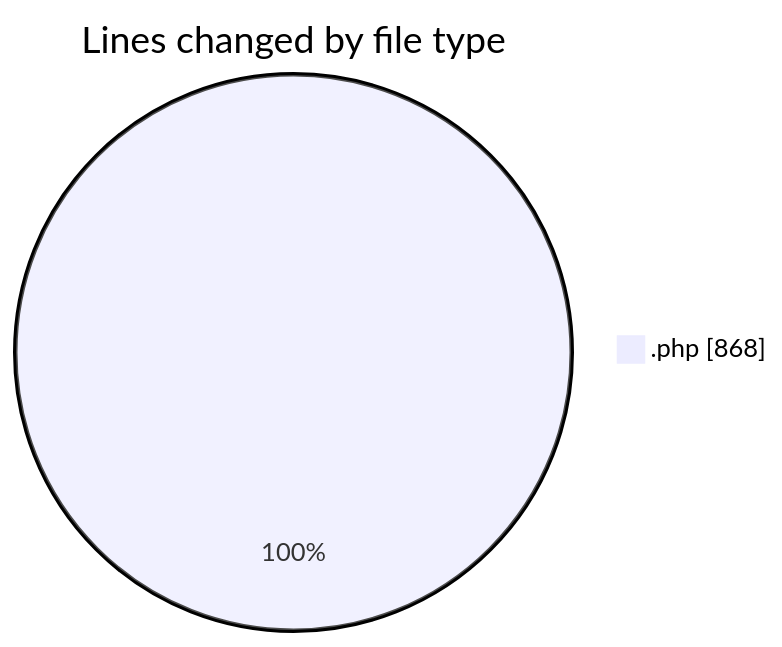
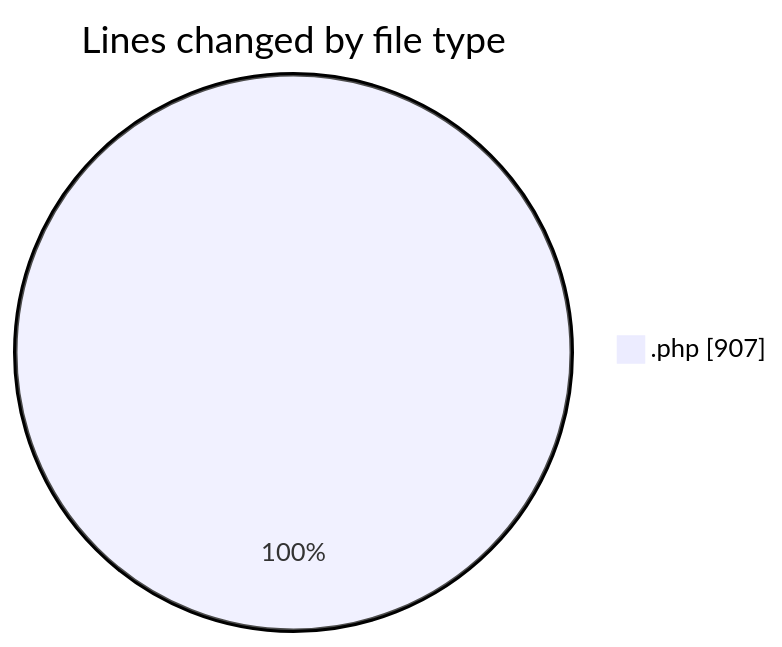
Before and after one commit to debugP/code-tracking: the first of 2 diagrams in 2025-09-25/plugins/README.md, drawn with Mermaid. The commit also changed other lines of this file and 1 other file, not shown here.

````diff
--- a/2025-09-25/plugins/README.md
+++ b/2025-09-25/plugins/README.md
@@ -20,5 +20,5 @@
 ```mermaid
 pie showData
 title Lines changed by file type
-".php" : 868
+".php" : 907
 ```
````
